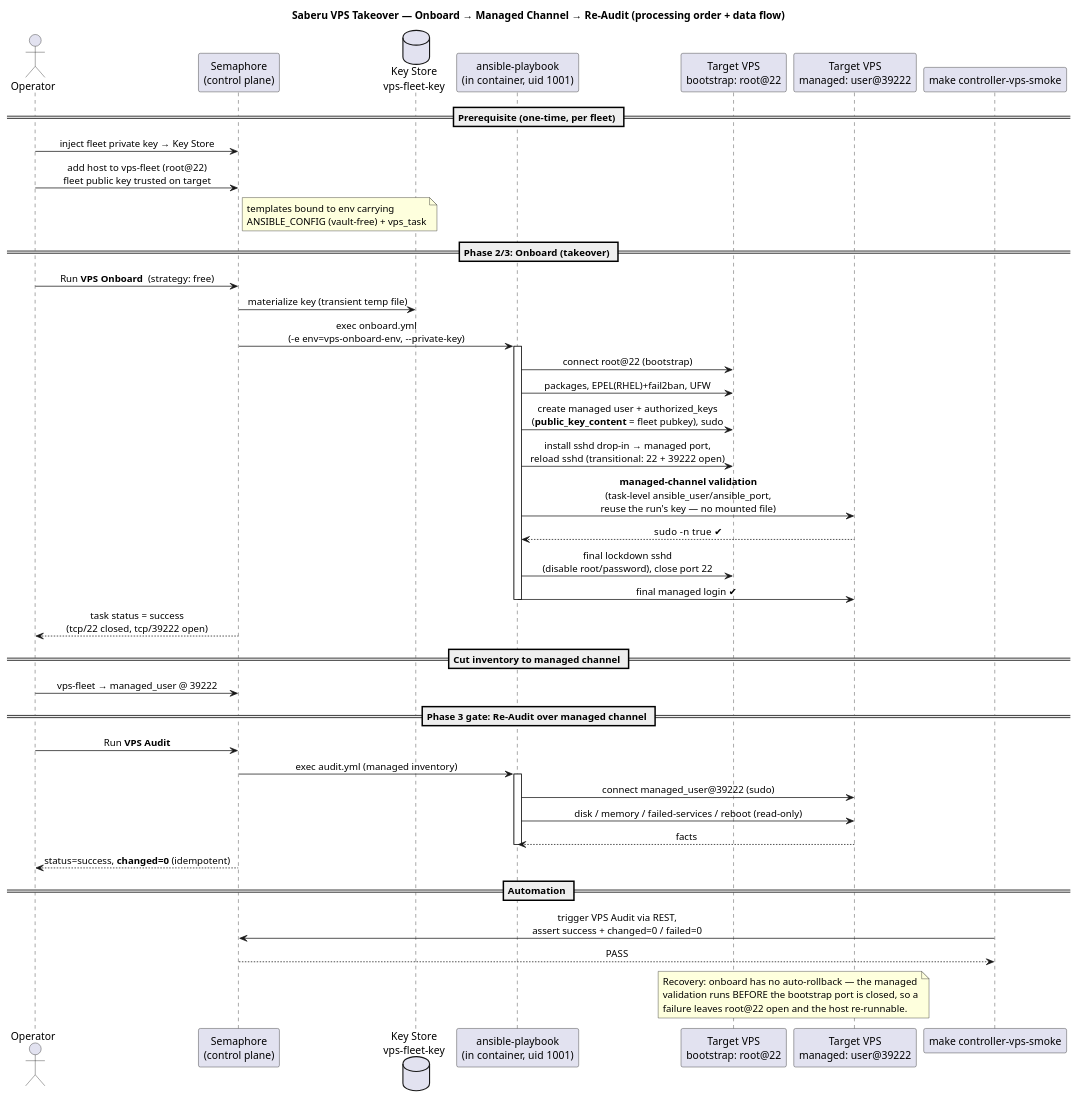
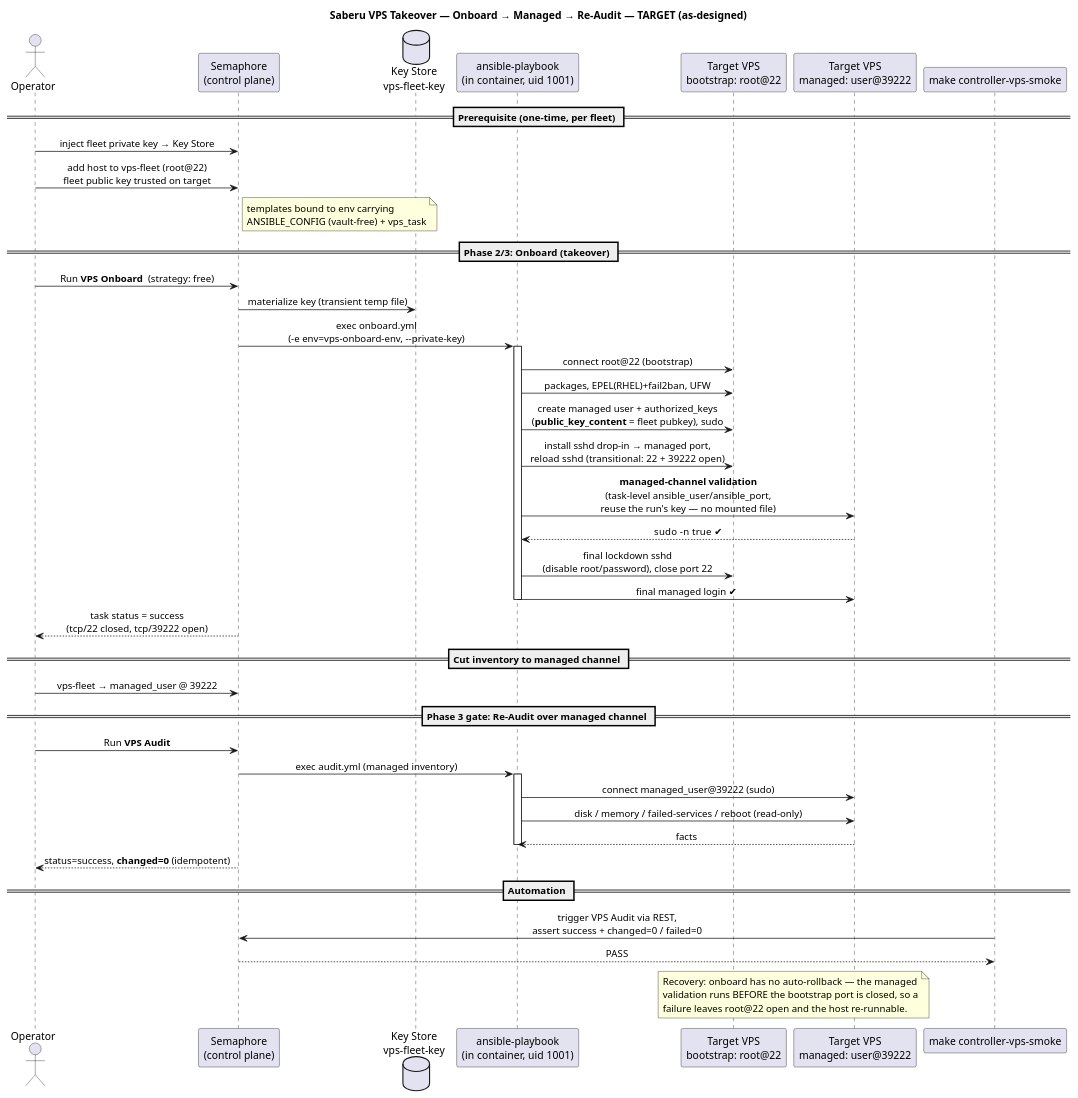
Before and after one commit to taoziyoyo2566/ansispire: the diagram in docs/architecture/02-vps-lifecycle-sequence.puml, drawn with PlantUML. The commit also changed 7 other files, not shown here.

First line of the commit message:
docs(architecture): add AS-BUILT (current-state) diagram set

```diff
--- a/docs/architecture/02-vps-lifecycle-sequence.puml
+++ b/docs/architecture/02-vps-lifecycle-sequence.puml
@@ -1,57 +1,57 @@
 @startuml ansispire-vps-lifecycle-sequence
-title Saberu VPS Takeover — Onboard → Managed Channel → Re-Audit (processing order + data flow)
+title Saberu VPS Takeover — Onboard → Managed → Re-Audit — TARGET (as-designed)
 skinparam shadowing false
 skinparam sequenceMessageAlign center
 
 actor Operator as OP
 participant "Semaphore\n(control plane)" as SEM
 database "Key Store\nvps-fleet-key" as KS
 participant "ansible-playbook\n(in container, uid 1001)" as ANS
 participant "Target VPS\nbootstrap: root@22" as BOOT
 participant "Target VPS\nmanaged: user@39222" as MGD
 participant "make controller-vps-smoke" as SMOKE
 
 == Prerequisite (one-time, per fleet) ==
 OP -> SEM : inject fleet private key → Key Store
 OP -> SEM : add host to vps-fleet (root@22)\nfleet public key trusted on target
 note right of SEM : templates bound to env carrying\nANSIBLE_CONFIG (vault-free) + vps_task
 
 == Phase 2/3: Onboard (takeover) ==
 OP -> SEM : Run **VPS Onboard**  (strategy: free)
 SEM -> KS : materialize key (transient temp file)
 SEM -> ANS : exec onboard.yml\n(-e env=vps-onboard-env, --private-key)
 activate ANS
 ANS -> BOOT : connect root@22 (bootstrap)
 ANS -> BOOT : packages, EPEL(RHEL)+fail2ban, UFW
 ANS -> BOOT : create managed user + authorized_keys\n(**public_key_content** = fleet pubkey), sudo
 ANS -> BOOT : install sshd drop-in → managed port,\nreload sshd  (transitional: 22 + 39222 open)
 ANS -> MGD : **managed-channel validation**\n(task-level ansible_user/ansible_port,\nreuse the run's key — no mounted file)
 MGD --> ANS : sudo -n true  ✔
 ANS -> BOOT : final lockdown sshd\n(disable root/password), close port 22
 ANS -> MGD : final managed login ✔
 deactivate ANS
 SEM --> OP : task status = success\n(tcp/22 closed, tcp/39222 open)
 
 == Cut inventory to managed channel ==
 OP -> SEM : vps-fleet → managed_user @ 39222
 
 == Phase 3 gate: Re-Audit over managed channel ==
 OP -> SEM : Run **VPS Audit**
 SEM -> ANS : exec audit.yml (managed inventory)
 activate ANS
 ANS -> MGD : connect managed_user@39222 (sudo)
 ANS -> MGD : disk / memory / failed-services / reboot (read-only)
 MGD --> ANS : facts
 deactivate ANS
 SEM --> OP : status=success, **changed=0** (idempotent)
 
 == Automation ==
 SMOKE -> SEM : trigger VPS Audit via REST,\nassert success + changed=0 / failed=0
 SEM --> SMOKE : PASS
 
 note over BOOT, MGD
   Recovery: onboard has no auto-rollback — the managed
   validation runs BEFORE the bootstrap port is closed, so a
   failure leaves root@22 open and the host re-runnable.
 end note
 @enduml
```
